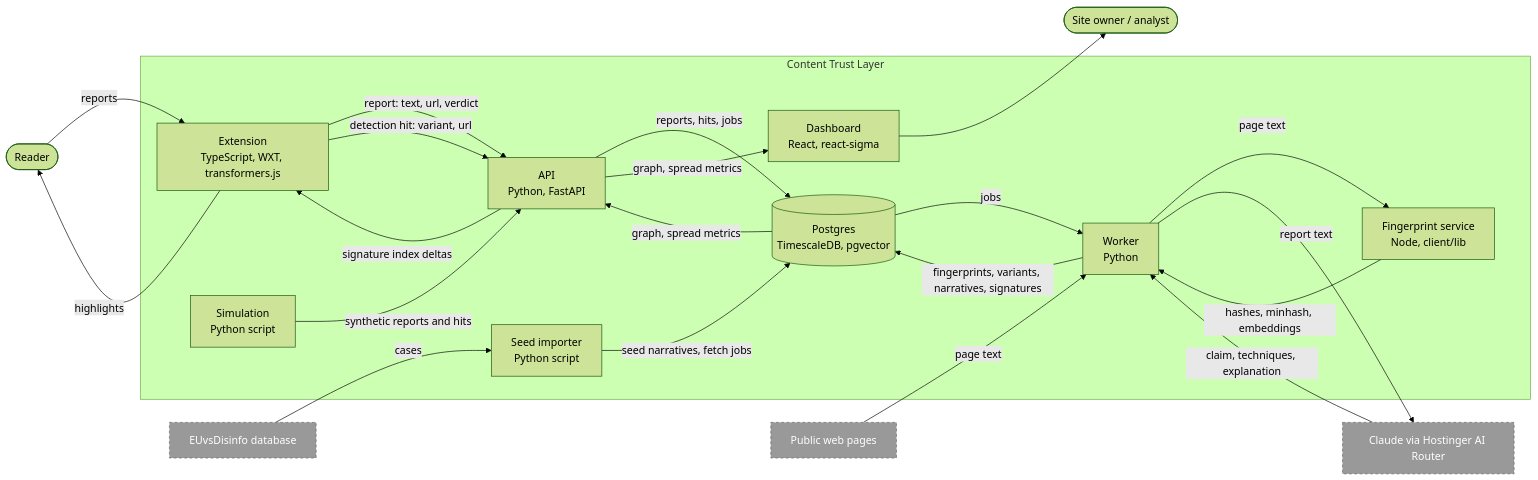
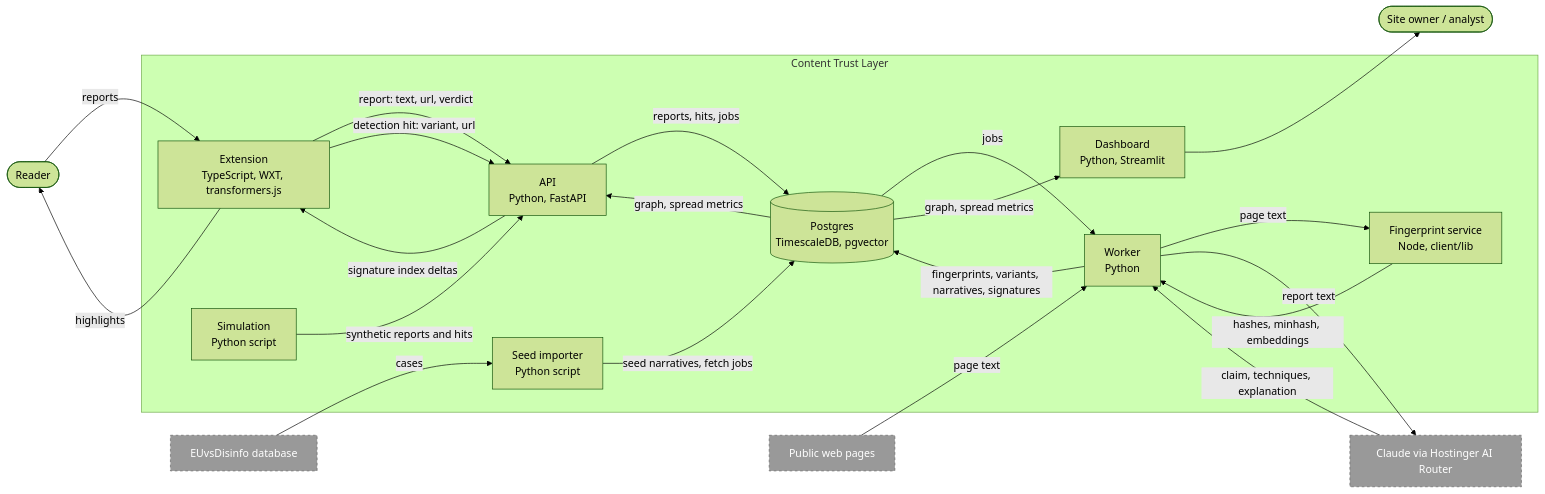
One commit to nlinnanen/konklaavi changed the second of 4 diagrams in docs/components.md. Above: the diagram before and after it, drawn with Mermaid (forest theme). The commit also changed other lines of this file and 4 other files, not shown here.

Commit message:
docs: switch the dashboard to Streamlit and record step-0 decisions

````diff
--- a/docs/components.md
+++ b/docs/components.md
@@ -30,43 +30,43 @@
 ```mermaid
 flowchart LR
   Reader(["Reader"])
   Owner(["Site owner / analyst"])
 
   subgraph Sys["Content Trust Layer"]
     Ext["Extension<br/>TypeScript, WXT, transformers.js"]
     API["API<br/>Python, FastAPI"]
     Worker["Worker<br/>Python"]
     FPS["Fingerprint service<br/>Node, client/lib"]
     DB[("Postgres<br/>TimescaleDB, pgvector")]
-    Dash["Dashboard<br/>React, react-sigma"]
+    Dash["Dashboard<br/>Python, Streamlit"]
     Seed["Seed importer<br/>Python script"]
     Sim["Simulation<br/>Python script"]
   end
 
   Web["Public web pages"]
   EU["EUvsDisinfo database"]
   Claude["Claude via Hostinger AI Router"]
 
   Reader -->|reports| Ext
   Ext -->|highlights| Reader
   Ext -->|"report: text, url, verdict"| API
   Ext -->|"detection hit: variant, url"| API
   API -->|signature index deltas| Ext
   API -->|reports, hits, jobs| DB
   DB -->|jobs| Worker
   Worker -->|"fingerprints, variants, narratives, signatures"| DB
   Web -->|page text| Worker
   Worker -->|page text| FPS
   FPS -->|"hashes, minhash, embeddings"| Worker
   Worker -->|report text| Claude
   Claude -->|claim, techniques, explanation| Worker
   EU -->|cases| Seed
   Seed -->|seed narratives, fetch jobs| DB
   DB -->|graph, spread metrics| API
-  API -->|graph, spread metrics| Dash
+  DB -->|graph, spread metrics| Dash
   Dash --> Owner
   Sim -->|synthetic reports and hits| API
 
   classDef ext fill:#999,stroke:#666,stroke-dasharray:4,color:#fff
   class Web,EU,Claude ext
 ```
````
